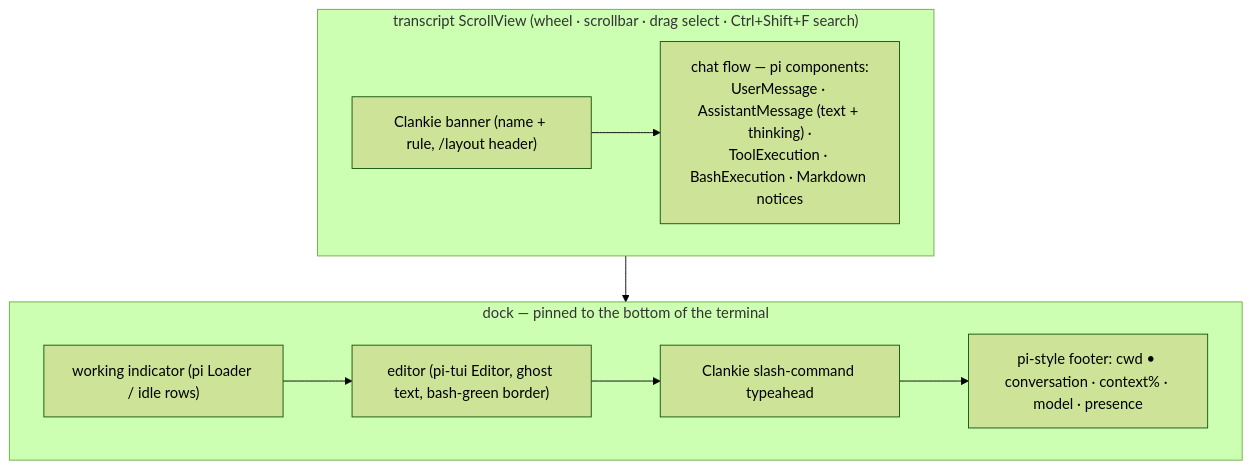
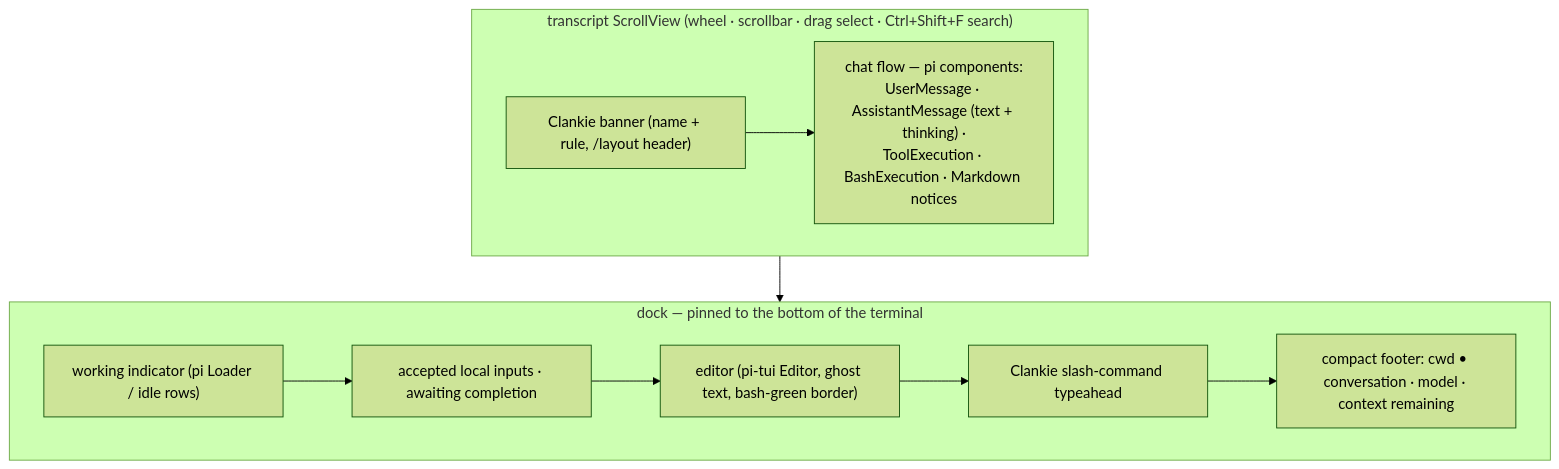
The diagram in docs/adr/0137-the-face-wears-pis-chat-surface.md (Volpestyle/clankie), drawn with Mermaid (forest theme) before and after one commit. The commit also changed other lines of this file and 39 other files, not shown here.

````diff
--- a/docs/adr/0137-the-face-wears-pis-chat-surface.md
+++ b/docs/adr/0137-the-face-wears-pis-chat-surface.md
@@ -29,16 +29,17 @@
 ```mermaid
 flowchart TB
     subgraph scroll["transcript ScrollView (wheel · scrollbar · drag select · Ctrl+Shift+F search)"]
         banner["Clankie banner (name + rule, /layout header)"]
         chat["chat flow — pi components:<br/>UserMessage · AssistantMessage (text + thinking) ·<br/>ToolExecution · BashExecution · Markdown notices"]
         banner --> chat
     end
     subgraph dock["dock — pinned to the bottom of the terminal"]
         status["working indicator (pi Loader / idle rows)"]
         editor["editor (pi-tui Editor, ghost text, bash-green border)"]
         typeahead["Clankie slash-command typeahead"]
-        footer["pi-style footer: cwd • conversation · context% · model · presence"]
-        status --> editor --> typeahead --> footer
+        footer["compact footer: cwd • conversation · model · context remaining"]
+        pending["accepted local inputs · awaiting completion"]
+        status --> pending --> editor --> typeahead --> footer
     end
     scroll --> dock
 ```
````
